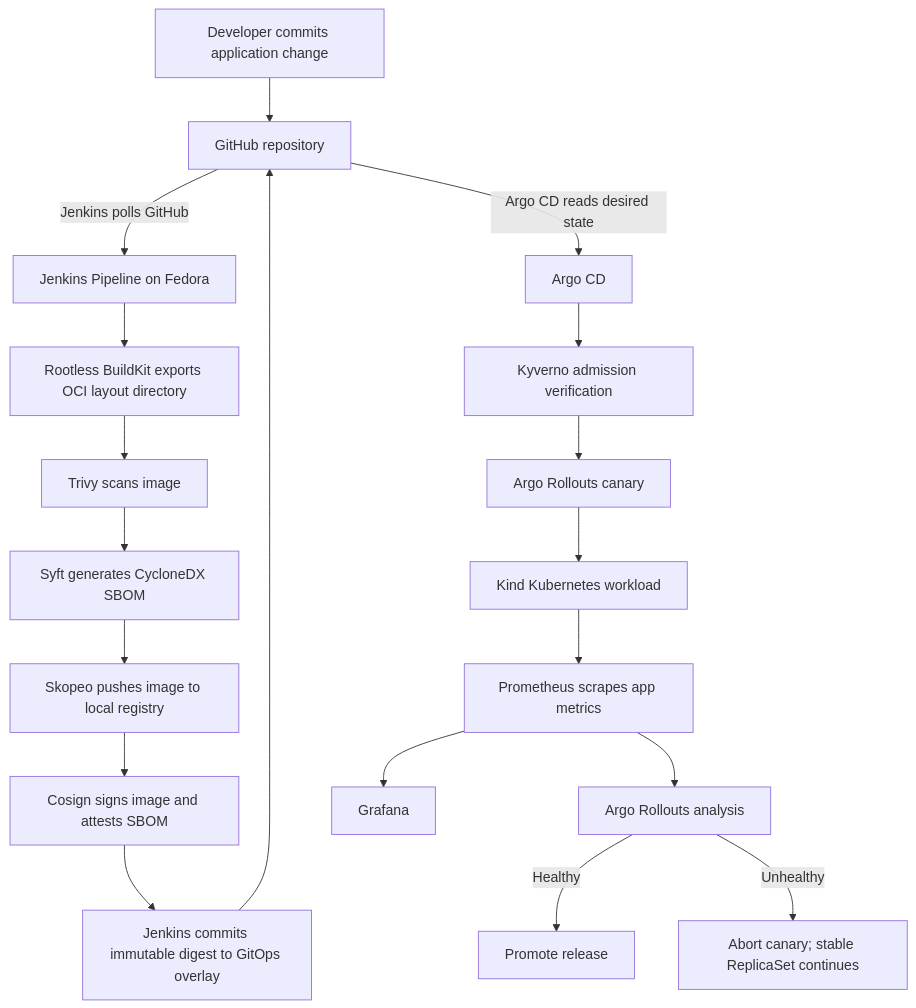
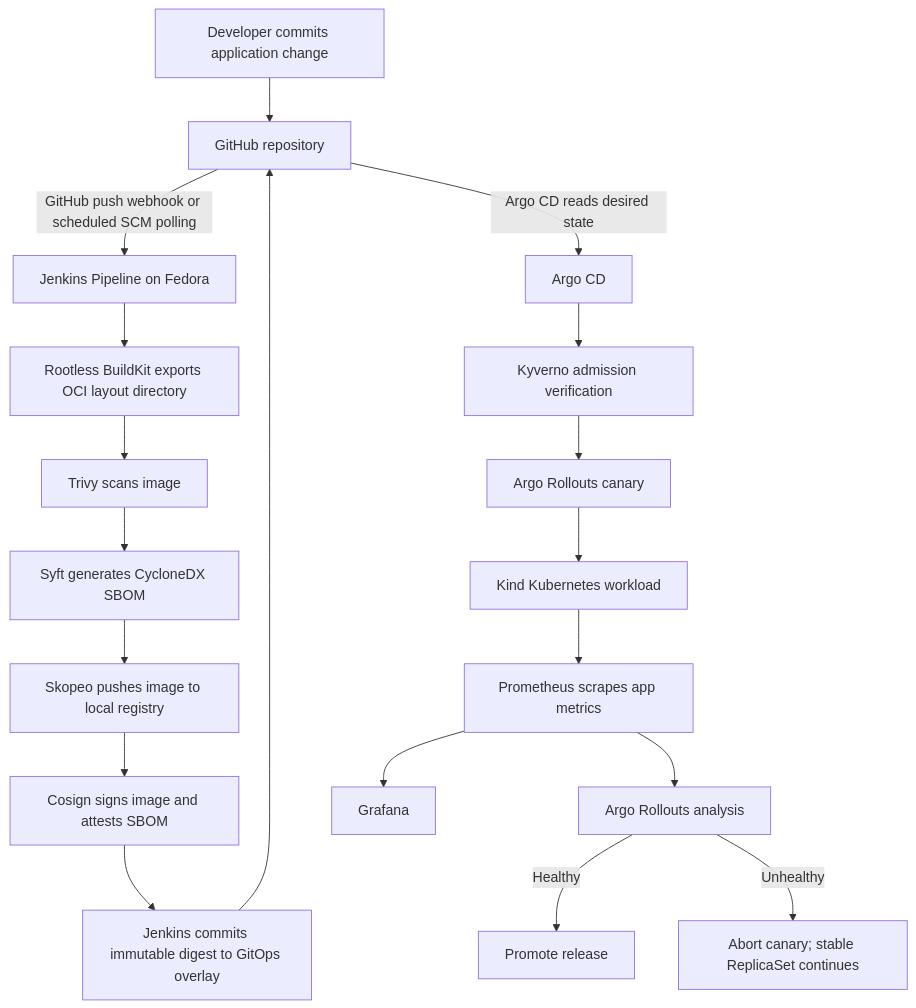
Before and after one commit to anouarharrou/secure-gitops-delivery-platform: the diagram in README.md, drawn with Mermaid. The commit also changed other lines of this file and 16 other files, not shown here.

````diff
--- a/README.md
+++ b/README.md
@@ -47,21 +51,21 @@
 ```mermaid
 flowchart TD
   A[Developer commits application change] --> B[GitHub repository]
-  B -->|Jenkins polls GitHub| C[Jenkins Pipeline on Fedora]
+  B -->|GitHub push webhook or scheduled SCM polling| C[Jenkins Pipeline on Fedora]
   C --> D[Rootless BuildKit exports OCI layout directory]
   D --> E[Trivy scans image]
   E --> F[Syft generates CycloneDX SBOM]
   F --> G[Skopeo pushes image to local registry]
   G --> H[Cosign signs image and attests SBOM]
   H --> I[Jenkins commits immutable digest to GitOps overlay]
   I --> B
   B -->|Argo CD reads desired state| J[Argo CD]
   J --> K[Kyverno admission verification]
   K --> L[Argo Rollouts canary]
   L --> M[Kind Kubernetes workload]
   M --> N[Prometheus scrapes app metrics]
   N --> O[Argo Rollouts analysis]
   O -->|Healthy| P[Promote release]
   O -->|Unhealthy| Q[Abort canary; stable ReplicaSet continues]
   N --> R[Grafana]
 ```
````
